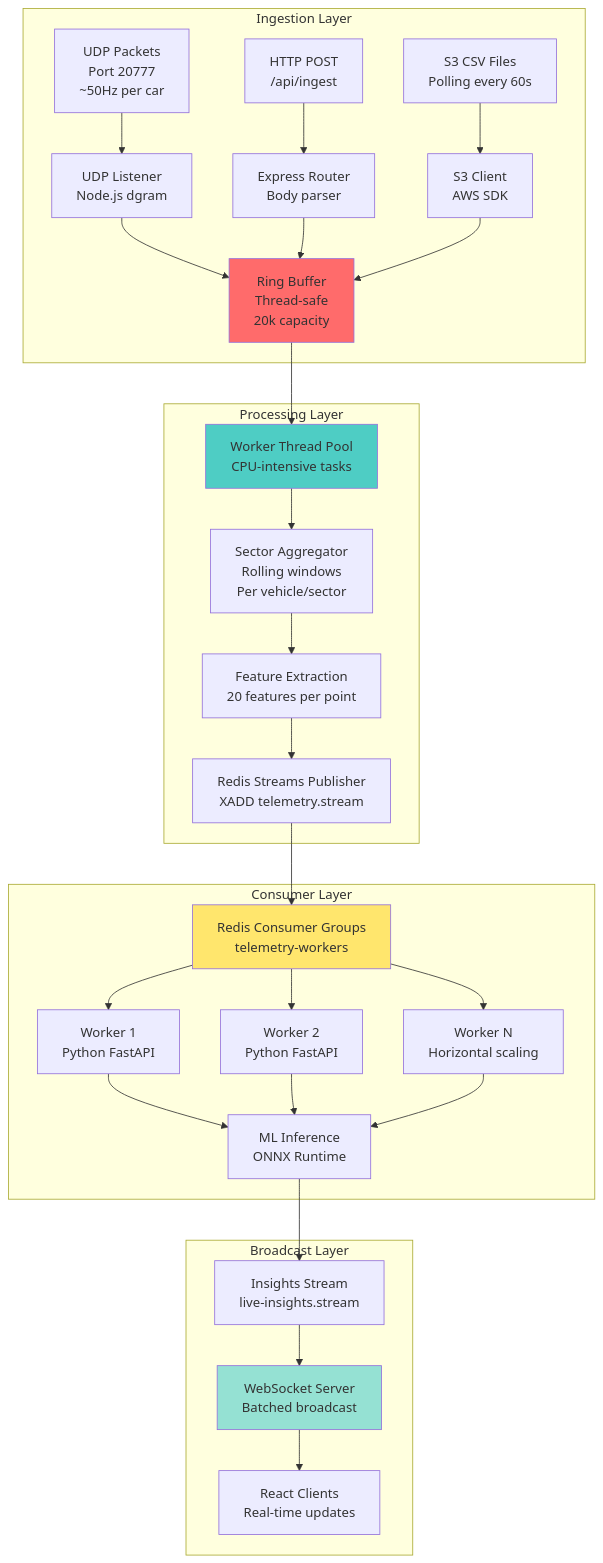
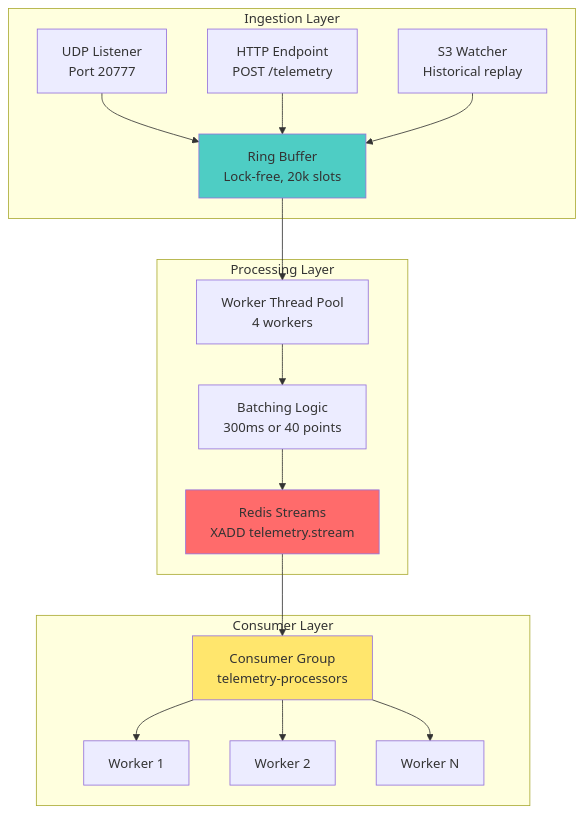
Diagram 20 of 27 in README.md (lucylow/blank-slate-canvas), drawn with Mermaid before and after one commit. The commit also changed other lines of this file and 2 other files, not shown here.

````diff
--- a/README.md
+++ b/README.md
@@ -1091,41 +1049,25 @@
 ```mermaid
 graph TB
     subgraph "Ingestion Layer"
-        A[UDP Packets<br/>Port 20777<br/>~50Hz per car] --> B[UDP Listener<br/>Node.js dgram]
-        C[HTTP POST<br/>/api/ingest] --> D[Express Router<br/>Body parser]
-        E[S3 CSV Files<br/>Polling every 60s] --> F[S3 Client<br/>AWS SDK]
-        
-        B --> G[Ring Buffer<br/>Thread-safe<br/>20k capacity]
-        D --> G
-        F --> G
+        A[UDP Listener<br/>Port 20777] --> B[Ring Buffer<br/>Lock-free, 20k slots]
+        C[HTTP Endpoint<br/>POST /telemetry] --> B
+        D[S3 Watcher<br/>Historical replay] --> B
     end
     
     subgraph "Processing Layer"
-        G --> H[Worker Thread Pool<br/>CPU-intensive tasks]
-        H --> I[Sector Aggregator<br/>Rolling windows<br/>Per vehicle/sector]
-        I --> J[Feature Extraction<br/>20 features per point]
-        J --> K[Redis Streams Publisher<br/>XADD telemetry.stream]
+        B --> E[Worker Thread Pool<br/>4 workers]
+        E --> F[Batching Logic<br/>300ms or 40 points]
+        F --> G[Redis Streams<br/>XADD telemetry.stream]
     end
     
     subgraph "Consumer Layer"
-        K --> L[Redis Consumer Groups<br/>telemetry-workers]
-        L --> M[Worker 1<br/>Python FastAPI]
-        L --> N[Worker 2<br/>Python FastAPI]
-        L --> O[Worker N<br/>Horizontal scaling]
-        
-        M --> P[ML Inference<br/>ONNX Runtime]
-        N --> P
-        O --> P
+        G --> H[Consumer Group<br/>telemetry-processors]
+        H --> I[Worker 1]
+        H --> J[Worker 2]
+        H --> K[Worker N]
     end
     
-    subgraph "Broadcast Layer"
-        P --> Q[Insights Stream<br/>live-insights.stream]
-        Q --> R[WebSocket Server<br/>Batched broadcast]
-        R --> S[React Clients<br/>Real-time updates]
-    end
-    
+    style B fill:#4ecdc4
     style G fill:#ff6b6b
-    style H fill:#4ecdc4
-    style L fill:#ffe66d
-    style R fill:#95e1d3
+    style H fill:#ffe66d
 ```
````
